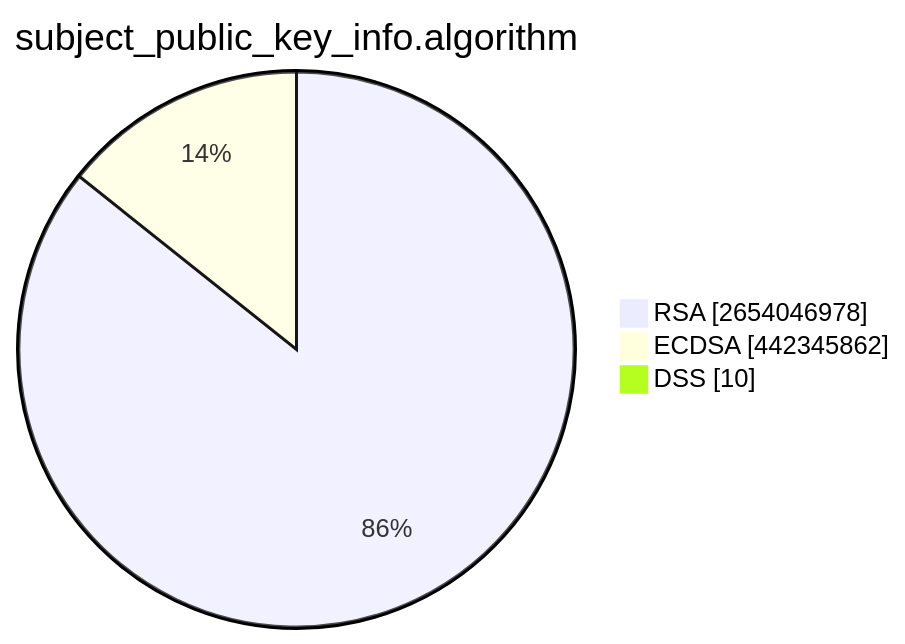
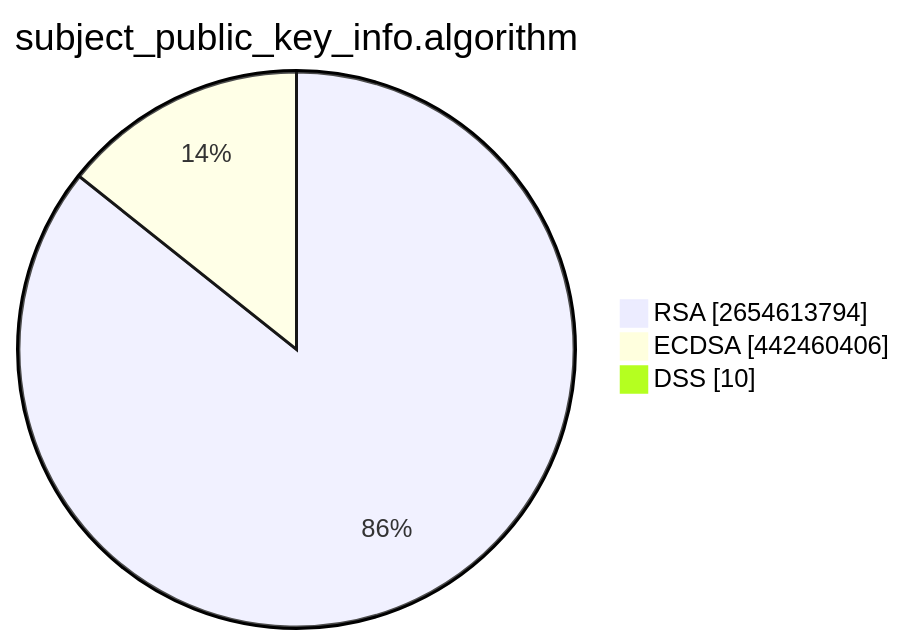
One commit to christiankrug/ctmonitor_visualization changed the second of 15 diagrams in TOTAL/README.md. Above: the diagram before and after it, drawn with Mermaid. The commit also changed other lines of this file, not shown here.

````diff
--- a/TOTAL/README.md
+++ b/TOTAL/README.md
@@ -6,7 +6,7 @@
 ```mermaid
 pie showData
 title subject_public_key_info.algorithm
-"RSA" :2654046978
-"ECDSA" :442345862
+"RSA" :2654613794
+"ECDSA" :442460406
 "DSS" :10
 ```
````
